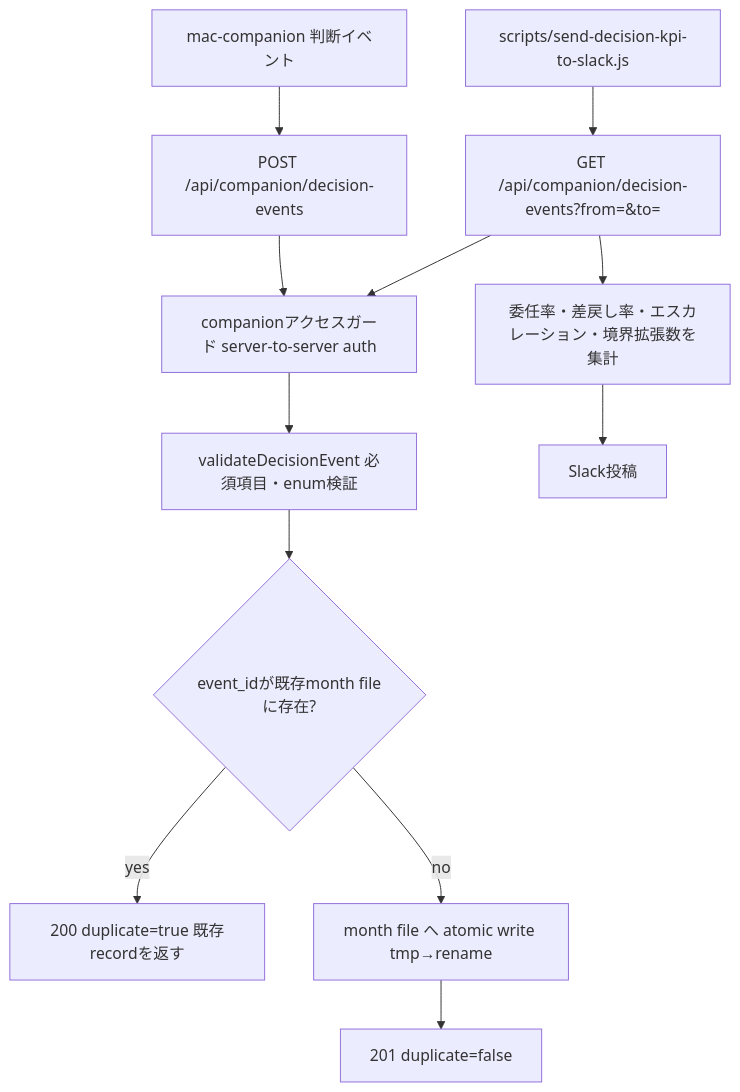
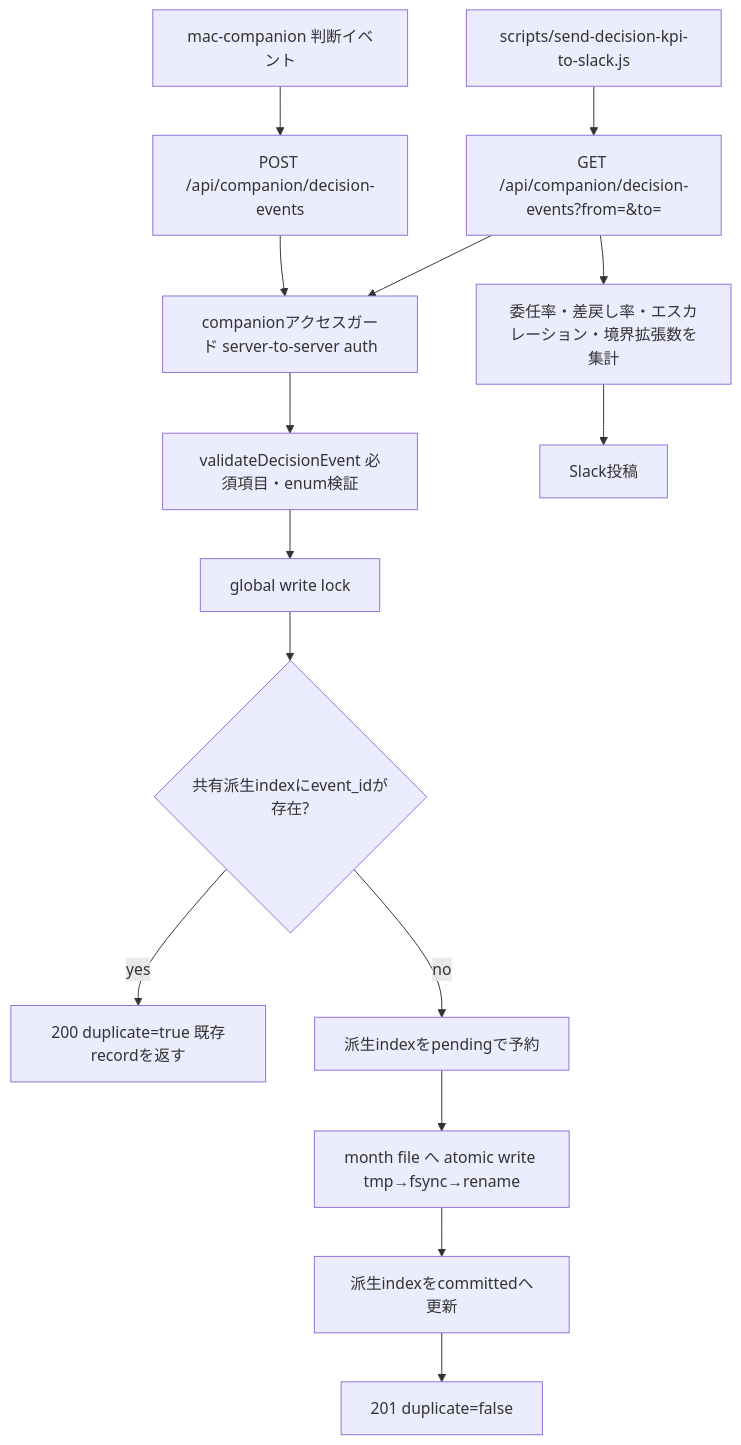
One commit to Unson-LLC/brainbase changed the first of 3 diagrams in docs/architecture/decision-events-kpi-architecture.md. Above: the diagram before and after it, drawn with Mermaid. The commit also changed other lines of this file and 8 other files, not shown here.

````diff
--- a/docs/architecture/decision-events-kpi-architecture.md
+++ b/docs/architecture/decision-events-kpi-architecture.md
@@ -5,14 +5,17 @@
 ```mermaid
 flowchart TB
   companion["mac-companion 判断イベント"] --> post["POST /api/companion/decision-events"]
   post --> guard["companionアクセスガード server-to-server auth"]
   guard --> validate["validateDecisionEvent 必須項目・enum検証"]
-  validate --> idempotent{"event_idが既存month fileに存在?"}
+  validate --> lock["global write lock"]
+  lock --> idempotent{"共有派生indexにevent_idが存在?"}
   idempotent -->|yes| duplicate["200 duplicate=true 既存recordを返す"]
-  idempotent -->|no| persist["month file へ atomic write tmp→rename"]
-  persist --> stored["201 duplicate=false"]
+  idempotent -->|no| pending["派生indexをpendingで予約"]
+  pending --> persist["month file へ atomic write tmp→fsync→rename"]
+  persist --> committed["派生indexをcommittedへ更新"]
+  committed --> stored["201 duplicate=false"]
   weekly["scripts/send-decision-kpi-to-slack.js"] --> get["GET /api/companion/decision-events?from=&to="]
   get --> guard
   get --> aggregate["委任率・差戻し率・エスカレーション・境界拡張数を集計"]
   aggregate --> slack["Slack投稿"]
 ```
````
